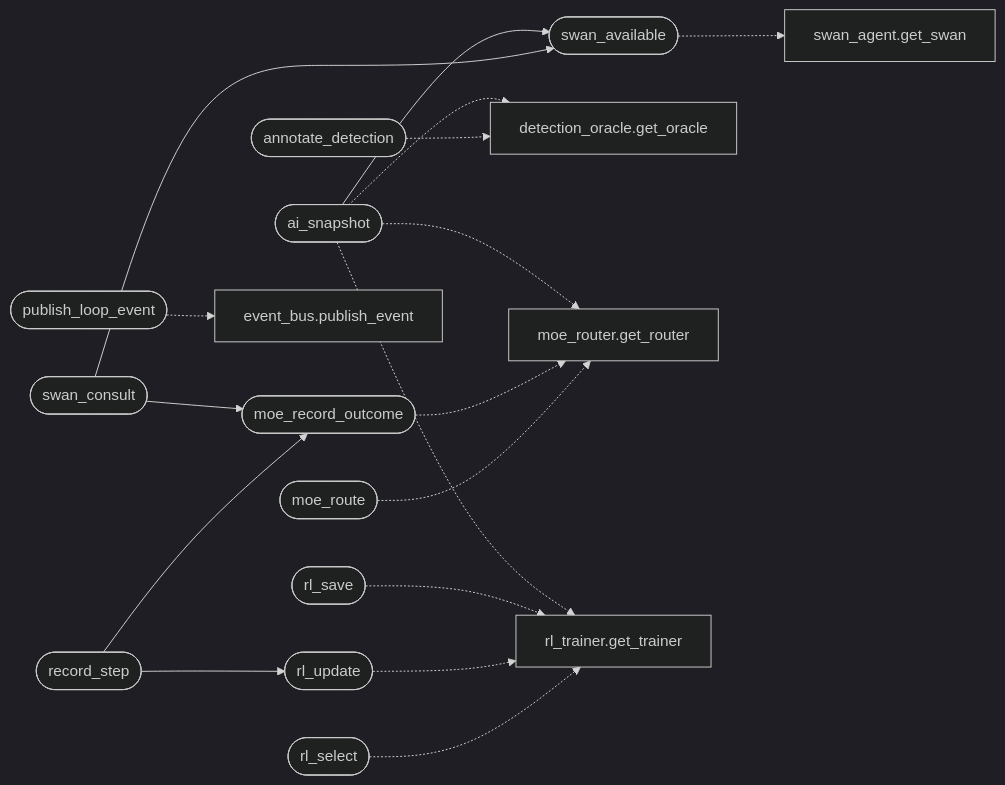
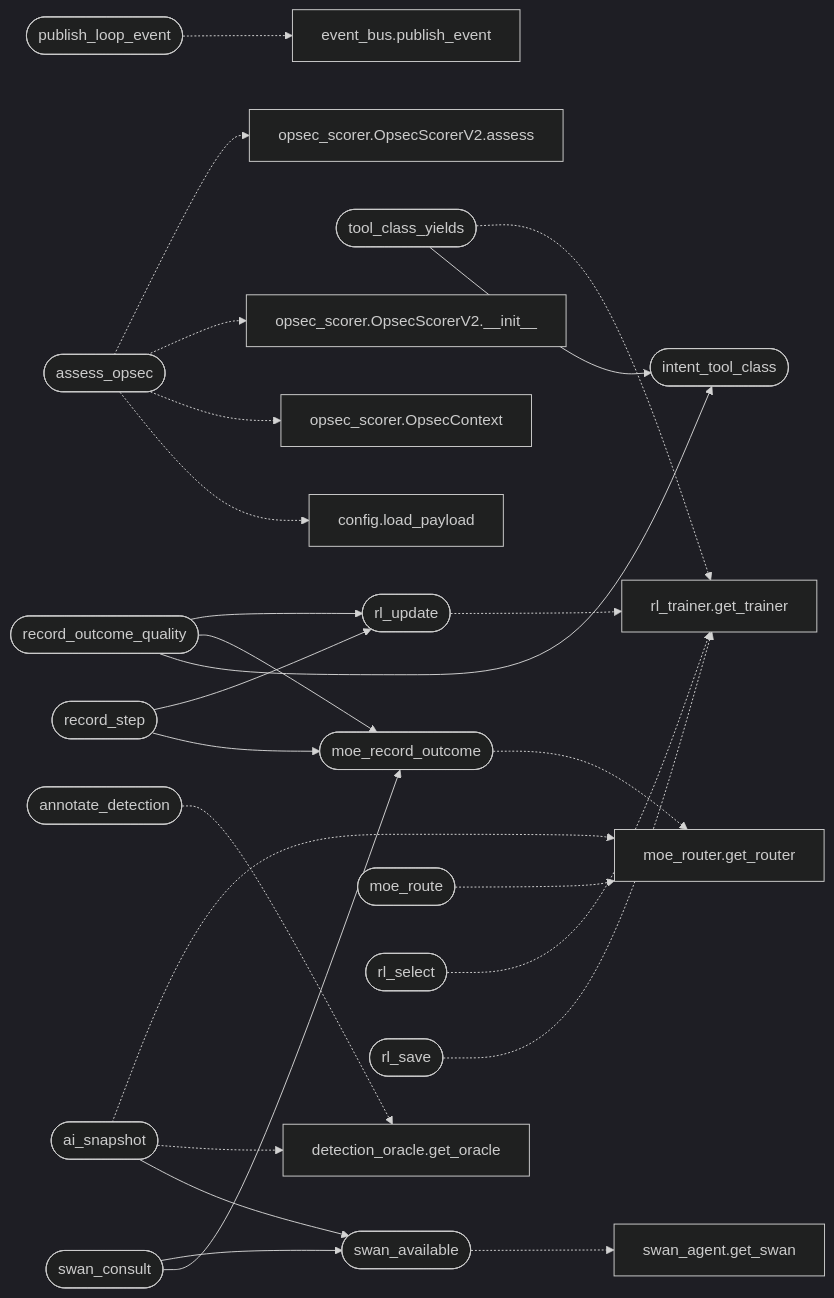
Before and after one commit to grisuno/LazyOwn: the diagram in readmenator-apidocs/modules/modules.loop_ai_bridge.py.md, drawn with Mermaid (dark theme). The commit also changed other lines of this file and 415 other files, not shown here.

````diff
--- a/readmenator-apidocs/modules/modules.loop_ai_bridge.py.md
+++ b/readmenator-apidocs/modules/modules.loop_ai_bridge.py.md
@@ -23,35 +23,51 @@
 ```mermaid
 flowchart LR
-    n_modules_loop_ai_bridge_py__record_step(["record_step"])
+    n_modules_loop_ai_bridge_py__record_outcome_quality(["record_outcome_quality"])
+    n_modules_loop_ai_bridge_py__intent_tool_class(["intent_tool_class"])
     n_modules_loop_ai_bridge_py__moe_record_outcome(["moe_record_outcome"])
     n_modules_loop_ai_bridge_py__rl_update(["rl_update"])
+    n_modules_loop_ai_bridge_py__tool_class_yields(["tool_class_yields"])
+    n_modules_loop_ai_bridge_py__record_step(["record_step"])
     n_modules_loop_ai_bridge_py__swan_consult(["swan_consult"])
     n_modules_loop_ai_bridge_py__swan_available(["swan_available"])
     n_modules_loop_ai_bridge_py__ai_snapshot(["ai_snapshot"])
     n_modules_loop_ai_bridge_py__publish_loop_event(["publish_loop_event"])
     n_modules_event_bus_py__publish_event["event_bus.publish_event"]
+    n_modules_loop_ai_bridge_py__assess_opsec(["assess_opsec"])
+    n_core_config_py__load_payload["config.load_payload"]
+    n_modules_opsec_scorer_py__OpsecContext["opsec_scorer.OpsecContext"]
+    n_modules_opsec_scorer_py__OpsecScorerV2___init__["opsec_scorer.OpsecScorerV2.__init__"]
+    n_modules_opsec_scorer_py__OpsecScorerV2_assess["opsec_scorer.OpsecScorerV2.assess"]
+    n_modules_rl_trainer_py__get_trainer["rl_trainer.get_trainer"]
     n_modules_loop_ai_bridge_py__annotate_detection(["annotate_detection"])
     n_modules_detection_oracle_py__get_oracle["detection_oracle.get_oracle"]
     n_modules_loop_ai_bridge_py__moe_route(["moe_route"])
     n_modules_moe_router_py__get_router["moe_router.get_router"]
     n_modules_loop_ai_bridge_py__rl_select(["rl_select"])
-    n_modules_rl_trainer_py__get_trainer["rl_trainer.get_trainer"]
     n_modules_loop_ai_bridge_py__rl_save(["rl_save"])
     n_skills_swan_agent_py__get_swan["swan_agent.get_swan"]
+    n_modules_loop_ai_bridge_py__record_outcome_quality --> n_modules_loop_ai_bridge_py__intent_tool_class
+    n_modules_loop_ai_bridge_py__record_outcome_quality --> n_modules_loop_ai_bridge_py__moe_record_outcome
+    n_modules_loop_ai_bridge_py__record_outcome_quality --> n_modules_loop_ai_bridge_py__rl_update
+    n_modules_loop_ai_bridge_py__tool_class_yields --> n_modules_loop_ai_bridge_py__intent_tool_class
     n_modules_loop_ai_bridge_py__record_step --> n_modules_loop_ai_bridge_py__moe_record_outcome
     n_modules_loop_ai_bridge_py__record_step --> n_modules_loop_ai_bridge_py__rl_update
     n_modules_loop_ai_bridge_py__swan_consult --> n_modules_loop_ai_bridge_py__moe_record_outcome
     n_modules_loop_ai_bridge_py__swan_consult --> n_modules_loop_ai_bridge_py__swan_available
     n_modules_loop_ai_bridge_py__ai_snapshot --> n_modules_loop_ai_bridge_py__swan_available
     n_modules_loop_ai_bridge_py__publish_loop_event -.-> n_modules_event_bus_py__publish_event
+    n_modules_loop_ai_bridge_py__assess_opsec -.-> n_core_config_py__load_payload
+    n_modules_loop_ai_bridge_py__assess_opsec -.-> n_modules_opsec_scorer_py__OpsecContext
+    n_modules_loop_ai_bridge_py__assess_opsec -.-> n_modules_opsec_scorer_py__OpsecScorerV2___init__
+    n_modules_loop_ai_bridge_py__assess_opsec -.-> n_modules_opsec_scorer_py__OpsecScorerV2_assess
+    n_modules_loop_ai_bridge_py__tool_class_yields -.-> n_modules_rl_trainer_py__get_trainer
     n_modules_loop_ai_bridge_py__annotate_detection -.-> n_modules_detection_oracle_py__get_oracle
     n_modules_loop_ai_bridge_py__moe_route -.-> n_modules_moe_router_py__get_router
     n_modules_loop_ai_bridge_py__moe_record_outcome -.-> n_modules_moe_router_py__get_router
     n_modules_loop_ai_bridge_py__rl_select -.-> n_modules_rl_trainer_py__get_trainer
     n_modules_loop_ai_bridge_py__rl_update -.-> n_modules_rl_trainer_py__get_trainer
     n_modules_loop_ai_bridge_py__rl_save -.-> n_modules_rl_trainer_py__get_trainer
     n_modules_loop_ai_bridge_py__swan_available -.-> n_skills_swan_agent_py__get_swan
     n_modules_loop_ai_bridge_py__ai_snapshot -.-> n_modules_detection_oracle_py__get_oracle
     n_modules_loop_ai_bridge_py__ai_snapshot -.-> n_modules_moe_router_py__get_router
-    n_modules_loop_ai_bridge_py__ai_snapshot -.-> n_modules_rl_trainer_py__get_trainer
 ```
````
